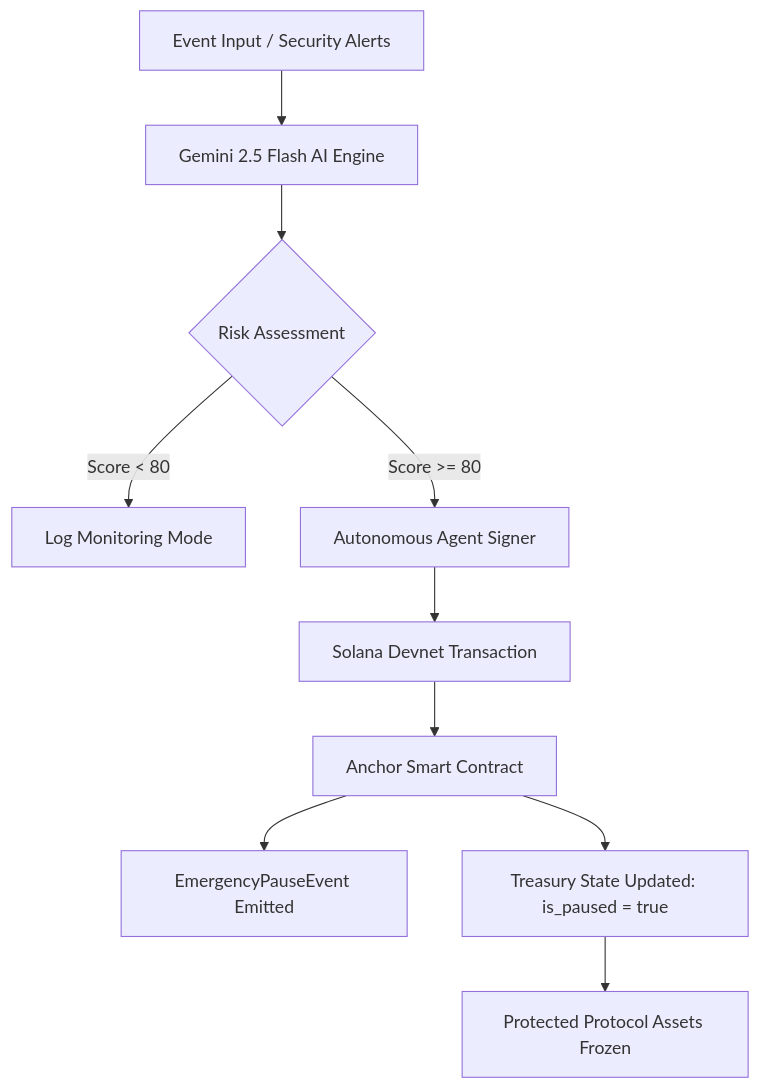
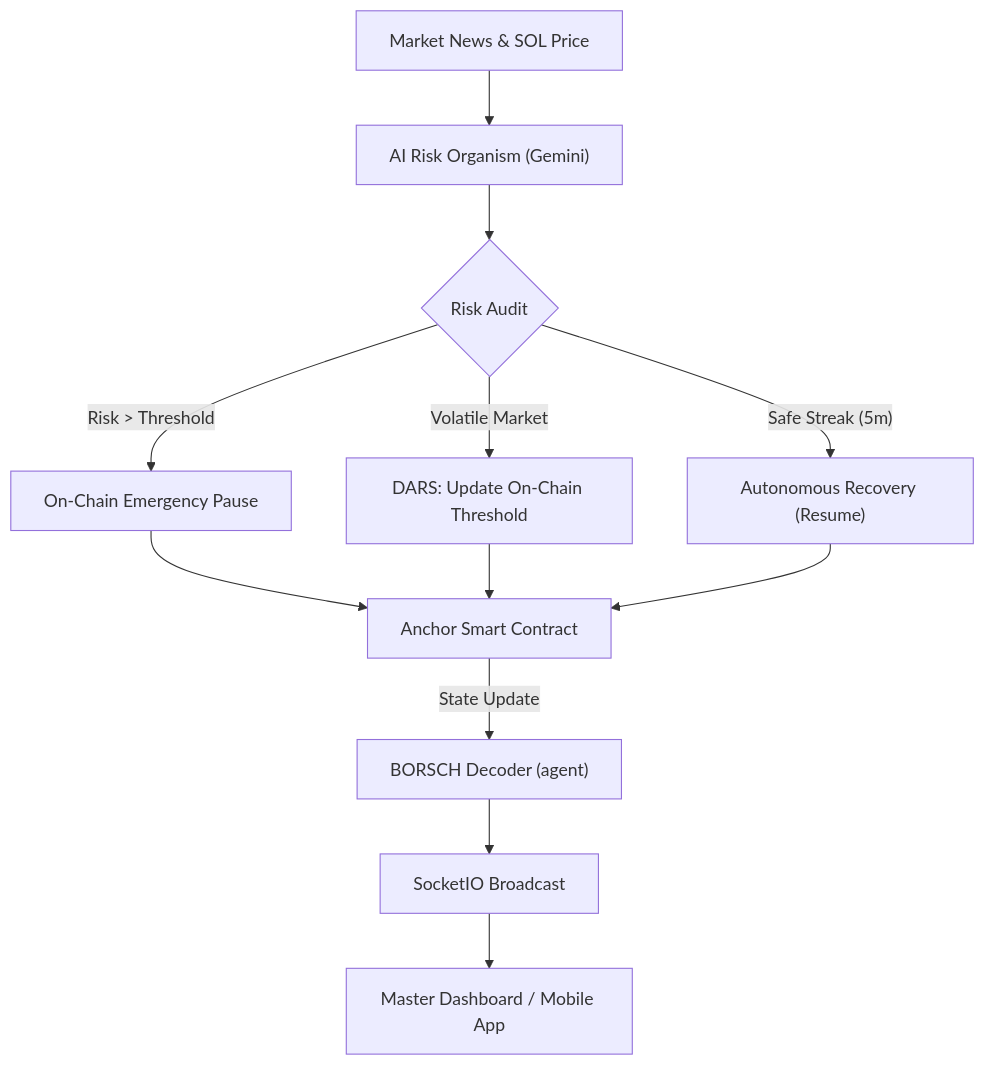
One commit to hookinnt/Decentrahack changed the diagram in README.md. Above: the diagram before and after it, drawn with Mermaid. The commit also changed other lines of this file and 11 other files, not shown here.

Commit message:
feat: upgrade to Gov-Grade Autonomous Organism (v1.5)

````diff
--- a/README.md
+++ b/README.md
@@ -32,12 +25,16 @@
 ```mermaid
 graph TD
-    A[Event Input / Security Alerts] --> B[Gemini 2.5 Flash AI Engine]
-    B --> C{Risk Assessment}
-    C -- Score < 80 --> D[Log Monitoring Mode]
-    C -- Score >= 80 --> E[Autonomous Agent Signer]
-    E --> F[Solana Devnet Transaction]
-    F --> G[Anchor Smart Contract]
-    G --> H[EmergencyPauseEvent Emitted]
-    G --> I[Treasury State Updated: is_paused = true]
-    I --> J[Protected Protocol Assets Frozen]
+    A["Market News & SOL Price"] --> B["AI Risk Organism (Gemini)"]
+    B --> C{"Risk Audit"}
+    C -- "Risk > Threshold" --> D["On-Chain Emergency Pause"]
+    C -- "Volatile Market" --> E["DARS: Update On-Chain Threshold"]
+    C -- "Safe Streak (5m)" --> F["Autonomous Recovery (Resume)"]
+    
+    D --> G["Anchor Smart Contract"]
+    E --> G
+    F --> G
+    
+    G -- "State Update" --> H["BORSCH Decoder (agent)"]
+    H --> I["SocketIO Broadcast"]
+    I --> J["Master Dashboard / Mobile App"]
 ```
````
